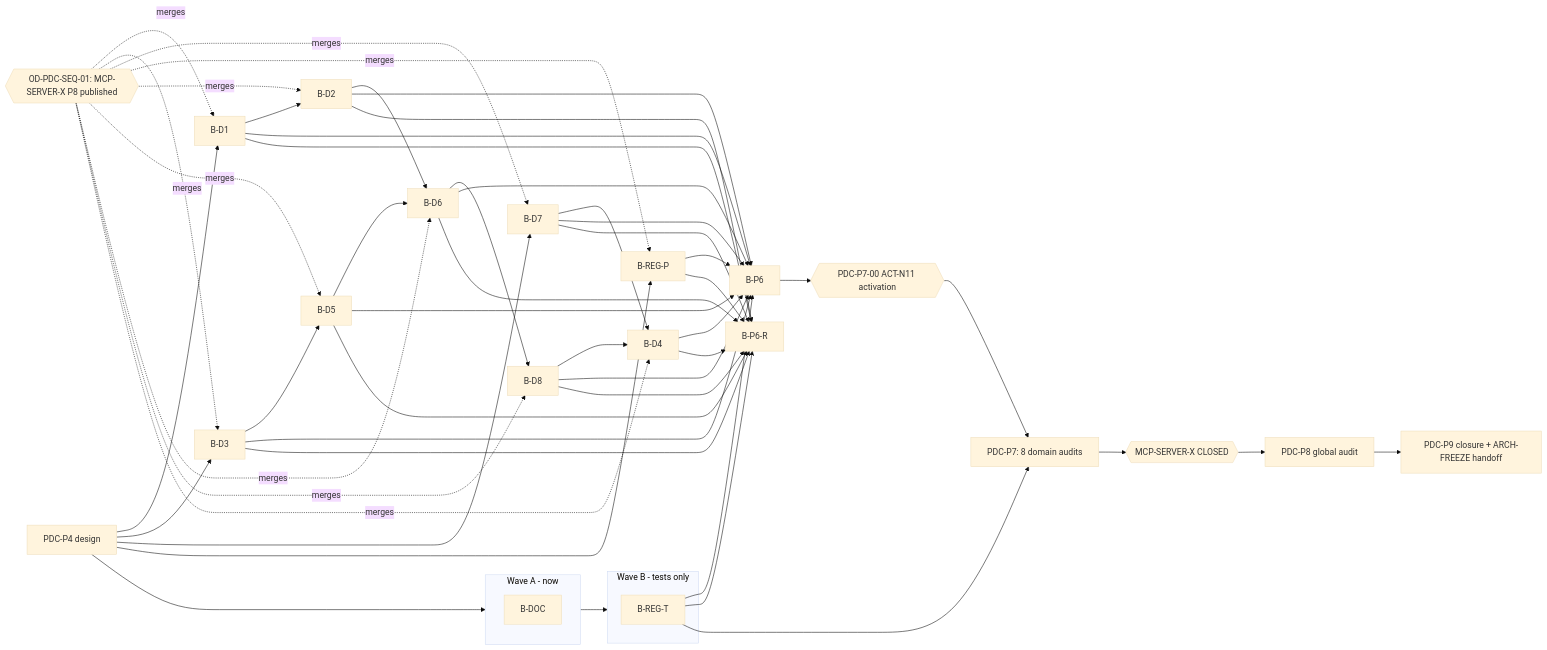
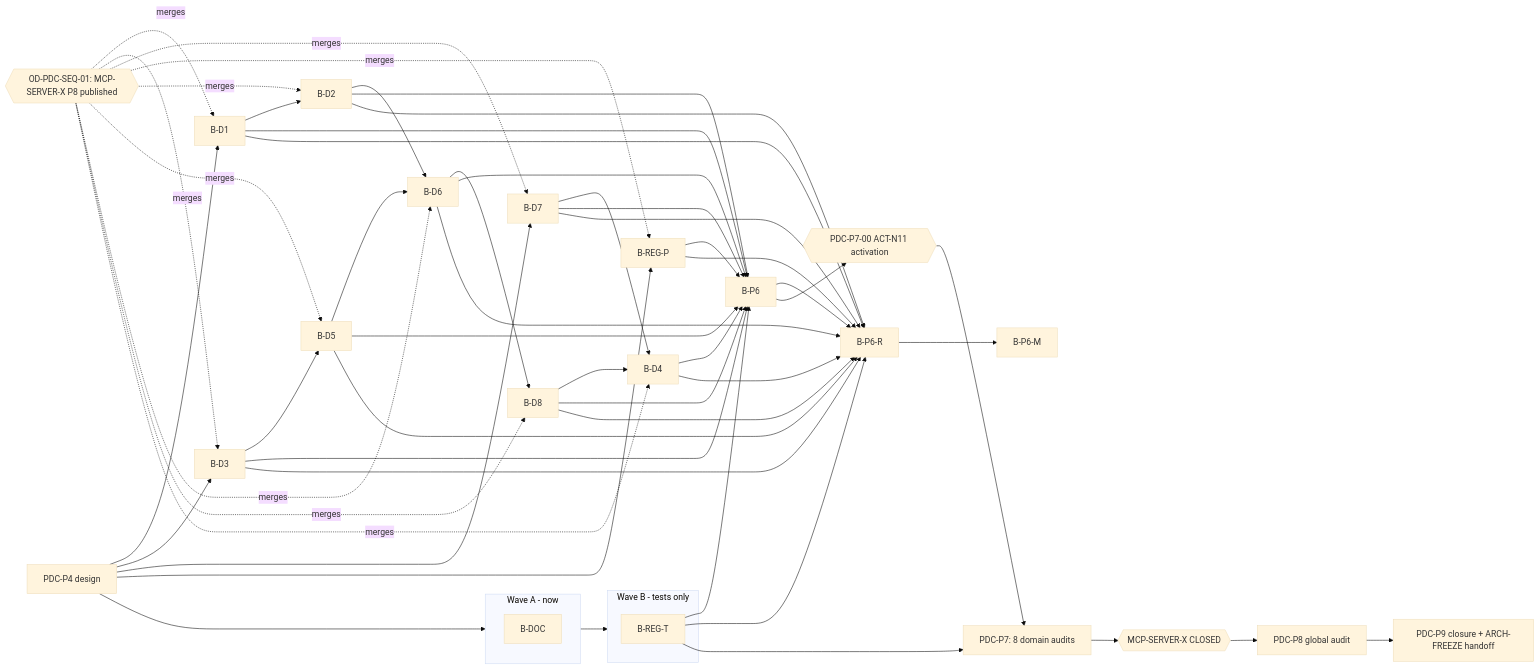
One commit to jakbuczarnecki/intergrax changed the diagram in docs/project/maintainers/qualification/platform_domain_completeness/PDC_DEPENDENCY_DAG.md. Above: the diagram before and after it, drawn with Mermaid (base theme). The commit also changed other lines of this file and 8 other files, not shown here.

````diff
--- a/docs/project/maintainers/qualification/platform_domain_completeness/PDC_DEPENDENCY_DAG.md
+++ b/docs/project/maintainers/qualification/platform_domain_completeness/PDC_DEPENDENCY_DAG.md
@@ -5,44 +5,46 @@
 ```mermaid
 graph LR
   P4[PDC-P4 design] --> WA
   subgraph WA[Wave A - now]
     B-DOC
   end
   subgraph WB[Wave B - tests only]
     B-REG-T
   end
   WA --> WB
   GATE{{OD-PDC-SEQ-01: MCP-SERVER-X P8 published}}
   B-D1 --> B-D2
   B-D3 --> B-D5
   B-D2 --> B-D6
   B-D5 --> B-D6
   B-D6 --> B-D8
   B-D7 --> B-D4
   B-D8 --> B-D4
   B-D1 --> B-P6
   B-D2 --> B-P6
   B-D3 --> B-P6
   B-D4 --> B-P6
   B-D5 --> B-P6
   B-D6 --> B-P6
   B-D7 --> B-P6
   B-D8 --> B-P6
   B-REG-P --> B-P6
   B-REG-T --> B-P6
   B-D1 --> B-P6-R
   B-D2 --> B-P6-R
   B-D3 --> B-P6-R
   B-D4 --> B-P6-R
   B-D5 --> B-P6-R
   B-D6 --> B-P6-R
   B-D7 --> B-P6-R
   B-D8 --> B-P6-R
   B-REG-P --> B-P6-R
   B-REG-T --> B-P6-R
+  B-P6 --> B-P6-R
+  B-P6-R --> B-P6-M
   P4 --> B-D1 & B-D3 & B-D7 & B-REG-P
   GATE -. merges .-> B-D1 & B-D3 & B-D7 & B-REG-P & B-D2 & B-D5 & B-D6 & B-D8 & B-D4
   B-P6 --> ACT{{PDC-P7-00 ACT-N11 activation}} --> P7[PDC-P7: 8 domain audits]
   B-REG-T --> P7
   P7 --> MCPC{{MCP-SERVER-X CLOSED}} --> P8[PDC-P8 global audit] --> P9[PDC-P9 closure + ARCH-FREEZE handoff]
 ```
````
